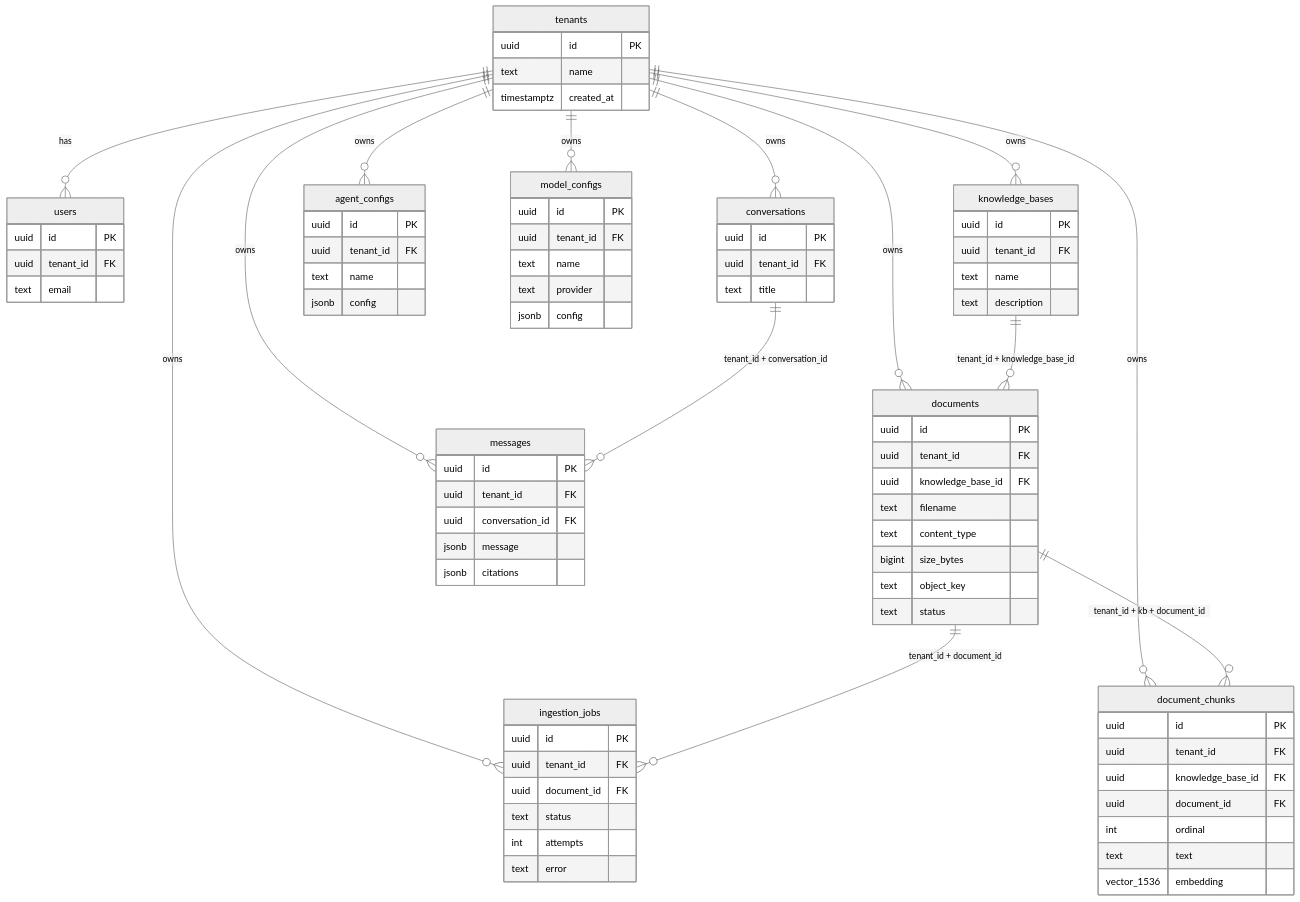
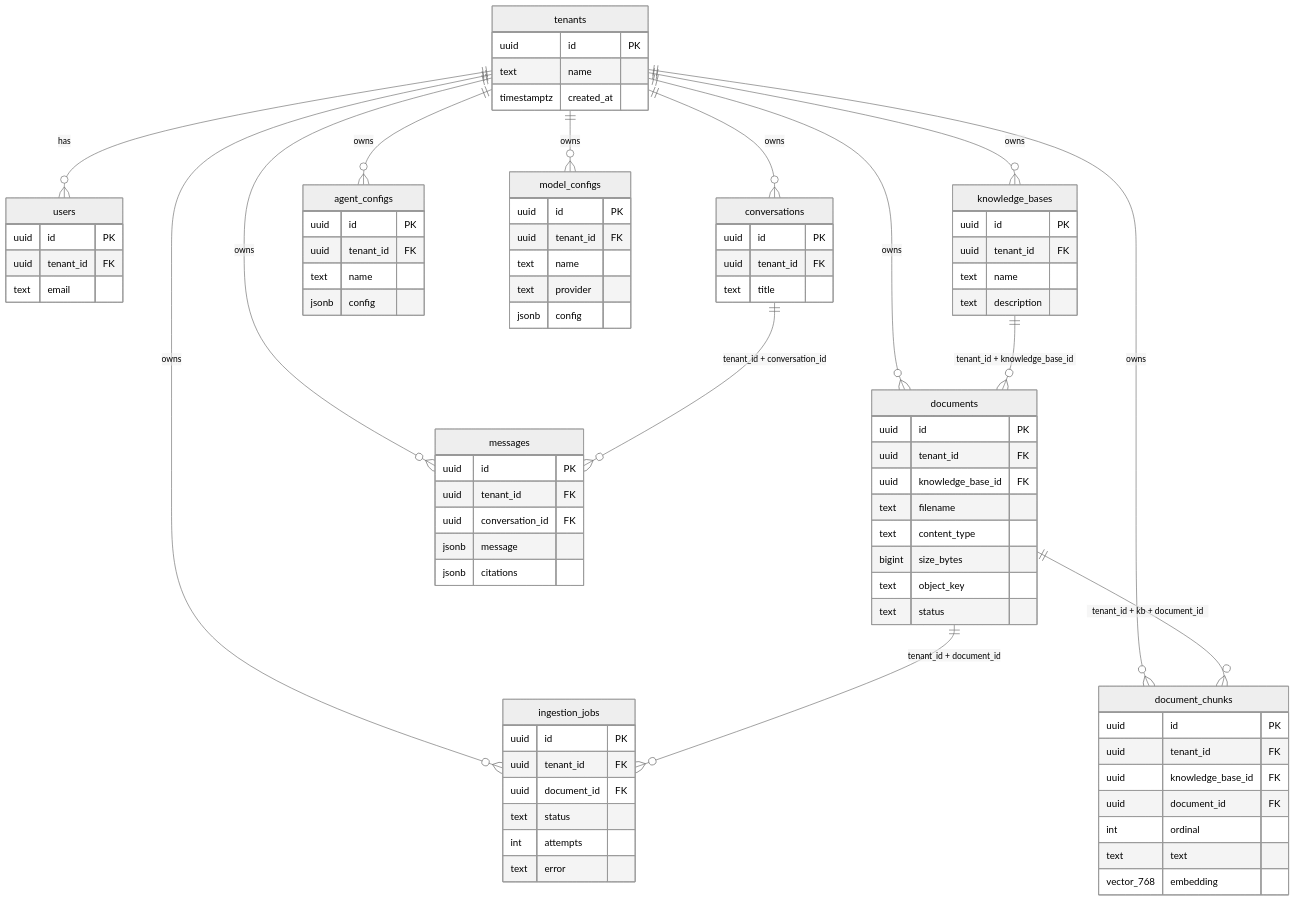
Before and after one commit to stephtran97/agents-platform: the seventh of 22 diagrams in docs/diagrams.md, drawn with Mermaid (neutral theme). The commit also changed other lines of this file and 33 other files, not shown here.

```diff
--- a/docs/diagrams.md
+++ b/docs/diagrams.md
@@ -212,7 +212,7 @@
         uuid document_id FK
         int ordinal
         text text
-        vector_1536 embedding
+        vector_768 embedding
     }
     conversations {
         uuid id PK
```
